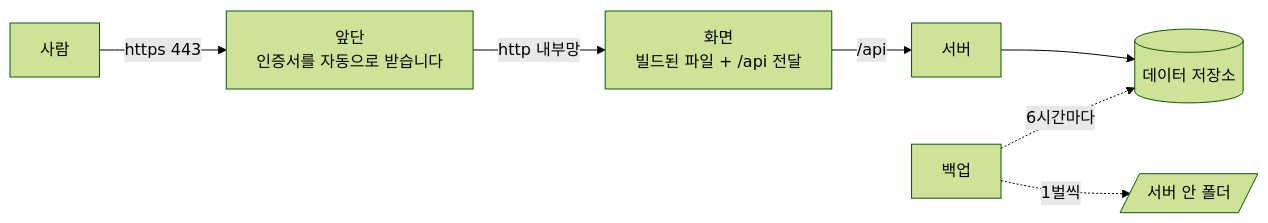
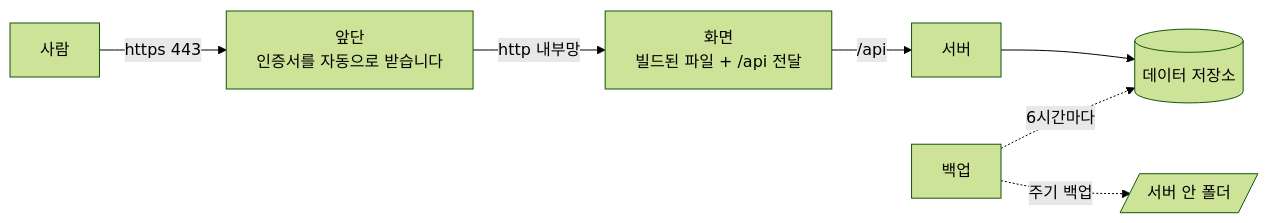
One commit to minkong-dev/Banblit changed the diagram in .cluedoc/deployment/README.md. Above: the diagram before and after it, drawn with Mermaid (forest theme). The commit also changed other lines of this file and 5 other files, not shown here.

````diff
--- a/.cluedoc/deployment/README.md
+++ b/.cluedoc/deployment/README.md
@@ -19,9 +19,9 @@
 ```mermaid
 flowchart LR
     U[사람] -->|https 443| C[앞단<br/>인증서를 자동으로 받습니다]
     C -->|http 내부망| W[화면<br/>빌드된 파일 + /api 전달]
     W -->|/api| A[서버]
     A --> D[(데이터 저장소)]
     B[백업] -.6시간마다.-> D
-    B -.1벌씩.-> H[/서버 안 폴더/]
+    B -.주기 백업.-> H[/서버 안 폴더/]
 ```
````
